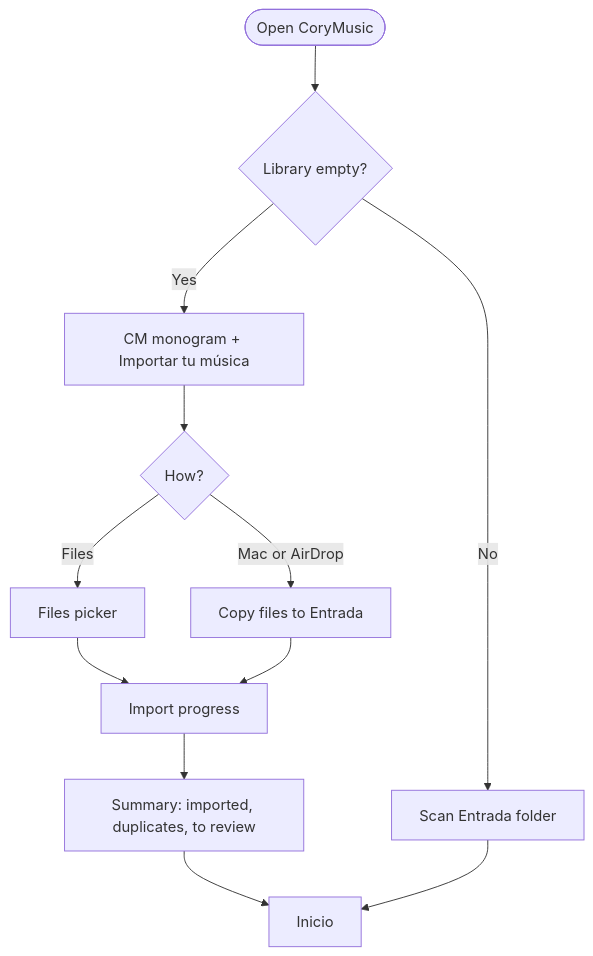
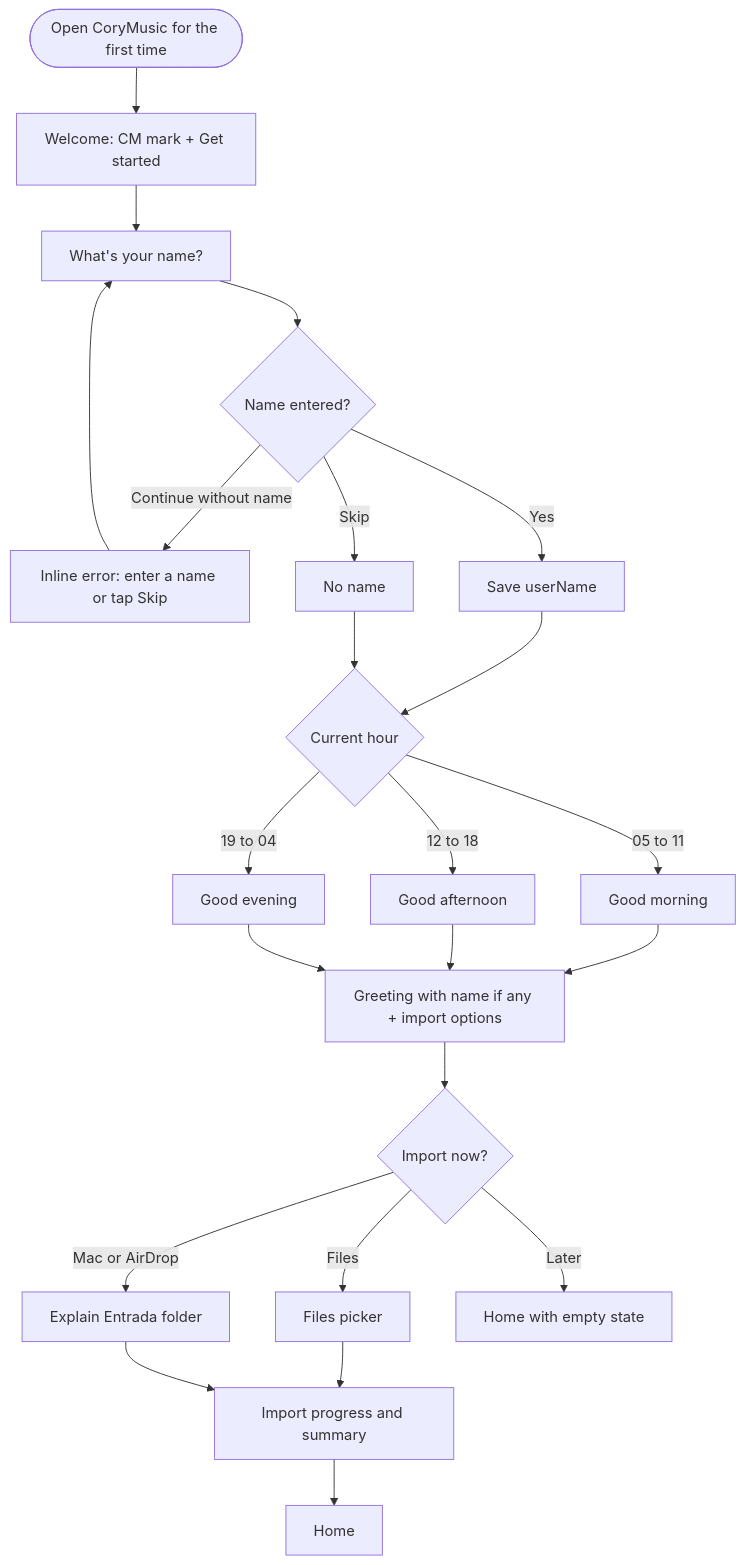
Before and after one commit to sabrinasalomon/CoryMusic: the second of 8 diagrams in docs/USER_FLOWS.md, drawn with Mermaid. The commit also changed other lines of this file and 20 other files, not shown here.

````diff
--- a/docs/USER_FLOWS.md
+++ b/docs/USER_FLOWS.md
@@ -47,13 +55,21 @@
 ```mermaid
 flowchart TD
-    A([Open CoryMusic]) --> B{Library empty?}
-    B -- Yes --> C[CM monogram + Importar tu música]
-    C --> D{How?}
-    D -- Files --> E[Files picker]
-    D -- Mac or AirDrop --> F[Copy files to Entrada]
-    E & F --> G[Import progress]
-    G --> H[Summary: imported, duplicates, to review]
-    H --> I[Inicio]
-    B -- No --> J[Scan Entrada folder]
-    J --> I
+    A([Open CoryMusic for the first time]) --> B[Welcome: CM mark + Get started]
+    B --> C[What's your name?]
+    C --> D{Name entered?}
+    D -- Continue without name --> E[Inline error: enter a name or tap Skip]
+    E --> C
+    D -- Yes --> F[Save userName]
+    D -- Skip --> G[No name]
+    F & G --> H{Current hour}
+    H -- 05 to 11 --> I1[Good morning]
+    H -- 12 to 18 --> I2[Good afternoon]
+    H -- 19 to 04 --> I3[Good evening]
+    I1 & I2 & I3 --> J[Greeting with name if any + import options]
+    J --> K{Import now?}
+    K -- Files --> L[Files picker]
+    K -- Mac or AirDrop --> M[Explain Entrada folder]
+    K -- Later --> N[Home with empty state]
+    L & M --> O[Import progress and summary]
+    O --> P[Home]
 ```
````
